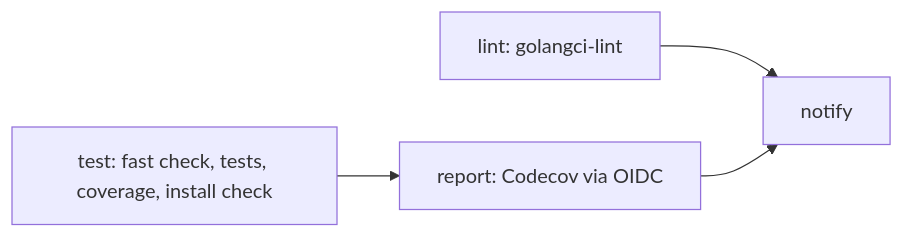
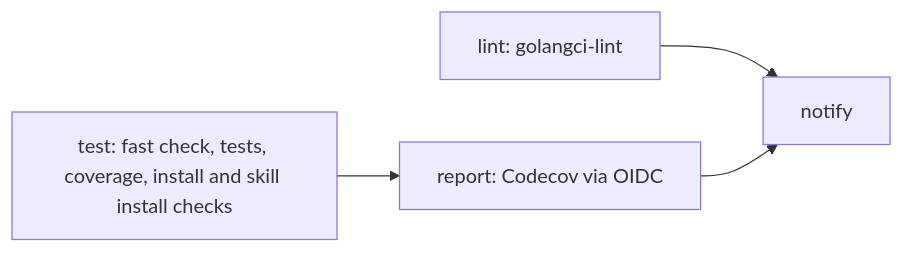
Before and after one commit to octopot/indexit: the second of 10 diagrams in .github/workflows/README.md, drawn with Mermaid. The commit also changed other lines of this file and 1 other file, not shown here.

First line of the commit message:
ci: check that the CLI installs the skill for both agents

````diff
--- a/.github/workflows/README.md
+++ b/.github/workflows/README.md
@@ -55,6 +55,6 @@
 ```mermaid
 flowchart LR
   lint[lint: golangci-lint]
-  test[test: fast check, tests, coverage, install check] --> report[report: Codecov via OIDC]
+  test[test: fast check, tests, coverage, install and skill install checks] --> report[report: Codecov via OIDC]
   lint & report --> notify[notify]
 ```
````
